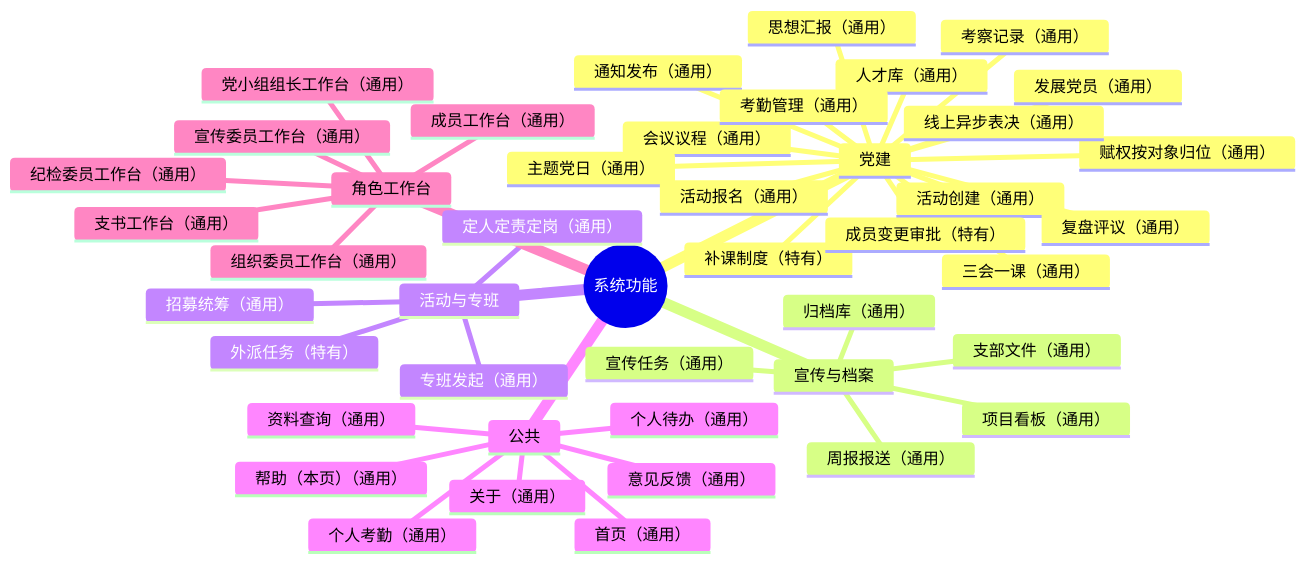
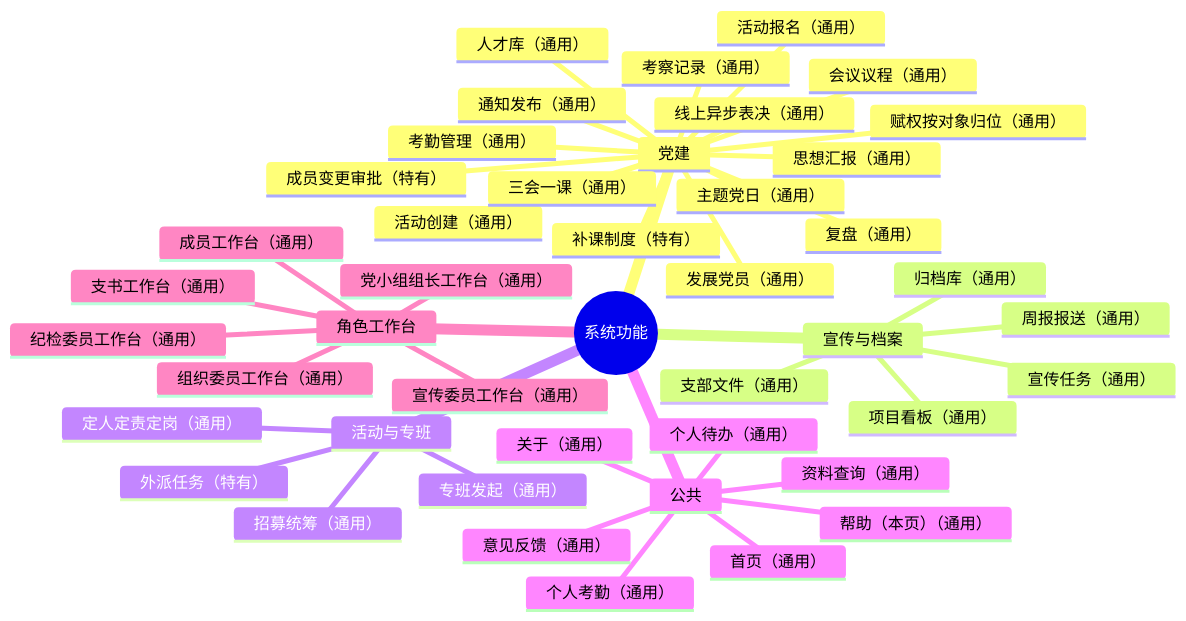
One commit to czhgo/GSM1921-SOP changed the diagram in README.md. Above: the diagram before and after it, drawn with Mermaid. The commit also changed 349 other files, not shown here.

````diff
--- a/README.md
+++ b/README.md
@@ -31,47 +31,47 @@
 ```mermaid
 mindmap
   root((系统功能))
     党建
       活动创建（通用）
       会议议程（通用）
       三会一课（通用）
       主题党日（通用）
       活动报名（通用）
       赋权按对象归位（通用）
       通知发布（通用）
       线上异步表决（通用）
       发展党员（通用）
       人才库（通用）
       考察记录（通用）
       考勤管理（通用）
       补课制度（特有）
-      复盘评议（通用）
+      复盘（通用）
       思想汇报（通用）
       成员变更审批（特有）
     宣传与档案
       宣传任务（通用）
       项目看板（通用）
       周报报送（通用）
       支部文件（通用）
       归档库（通用）
     活动与专班
       专班发起（通用）
       招募统筹（通用）
       定人定责定岗（通用）
       外派任务（特有）
     公共
       首页（通用）
       资料查询（通用）
       意见反馈（通用）
       个人待办（通用）
       个人考勤（通用）
       帮助（本页）（通用）
       关于（通用）
     角色工作台
       支书工作台（通用）
       组织委员工作台（通用）
       宣传委员工作台（通用）
       纪检委员工作台（通用）
       党小组组长工作台（通用）
       成员工作台（通用）
 ```
````
